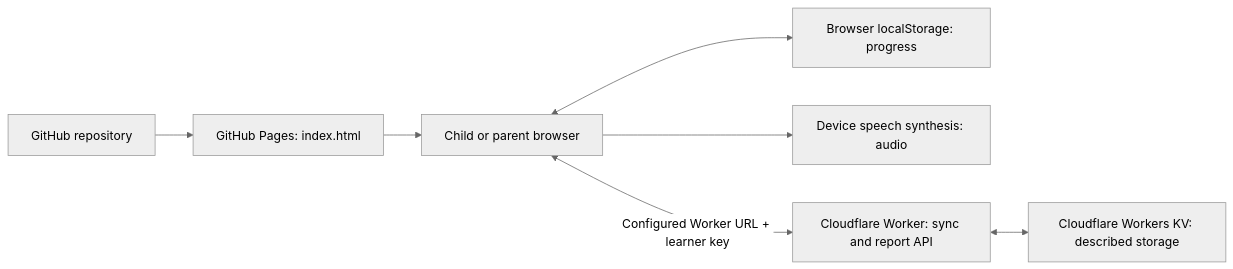
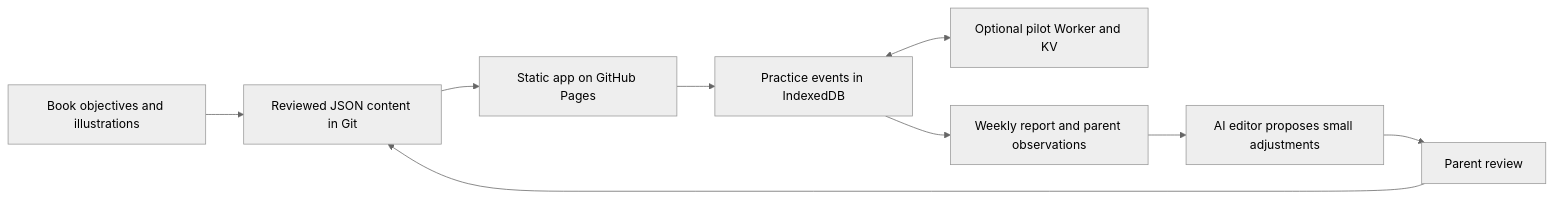
The diagram in README.md (TJetka/private_english_tutor), drawn with Mermaid (neutral theme) before and after one commit. The commit also changed other lines of this file and 7 other files, not shown here.

First line of the commit message:
docs: explain the four-week pilot, weekly adaptation and existing-service deployment

````diff
--- a/README.md
+++ b/README.md
@@ -24,9 +26,11 @@
 ```mermaid
 flowchart LR
-    Repo[GitHub repository] --> Pages[GitHub Pages: index.html]
-    Pages --> Browser[Child or parent browser]
-    Browser <--> Local[Browser localStorage: progress]
-    Browser --> Voice[Device speech synthesis: audio]
-    Browser <-->|Configured Worker URL + learner key| Worker[Cloudflare Worker: sync and report API]
-    Worker <--> KV[Cloudflare Workers KV: described storage]
+    Book[Book objectives and illustrations] --> Content[Reviewed JSON content in Git]
+    Content --> App[Static app on GitHub Pages]
+    App --> History[Practice events in IndexedDB]
+    History <--> Cloud[Optional pilot Worker and KV]
+    History --> Report[Weekly report and parent observations]
+    Report --> Review[AI editor proposes small adjustments]
+    Review --> Parent[Parent review]
+    Parent --> Content
 ```
````
